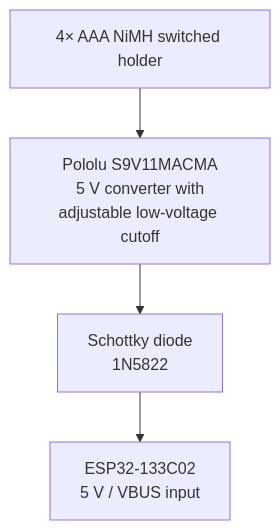
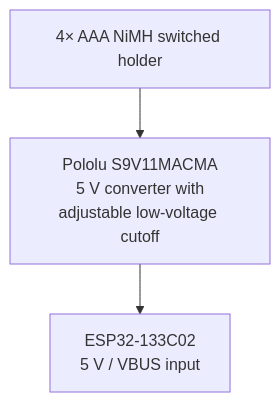
One commit to Maokx1/hof_frame changed the first of 2 diagrams in docs/PLAN.md. Above: the diagram before and after it, drawn with Mermaid. The commit also changed other lines of this file and 2 other files, not shown here.

````diff
--- a/docs/PLAN.md
+++ b/docs/PLAN.md
@@ -22,9 +22,8 @@
 ```mermaid
 flowchart TD
     A["4× AAA NiMH switched holder"]
     C["Pololu S9V11MACMA<br/>5 V converter with<br/>adjustable low-voltage cutoff"]
-    S["Schottky diode<br/>1N5822"]
     D["ESP32-133C02<br/>5 V / VBUS input"]
 
-    A --> C --> S --> D
+    A --> C --> D
 ```
````
